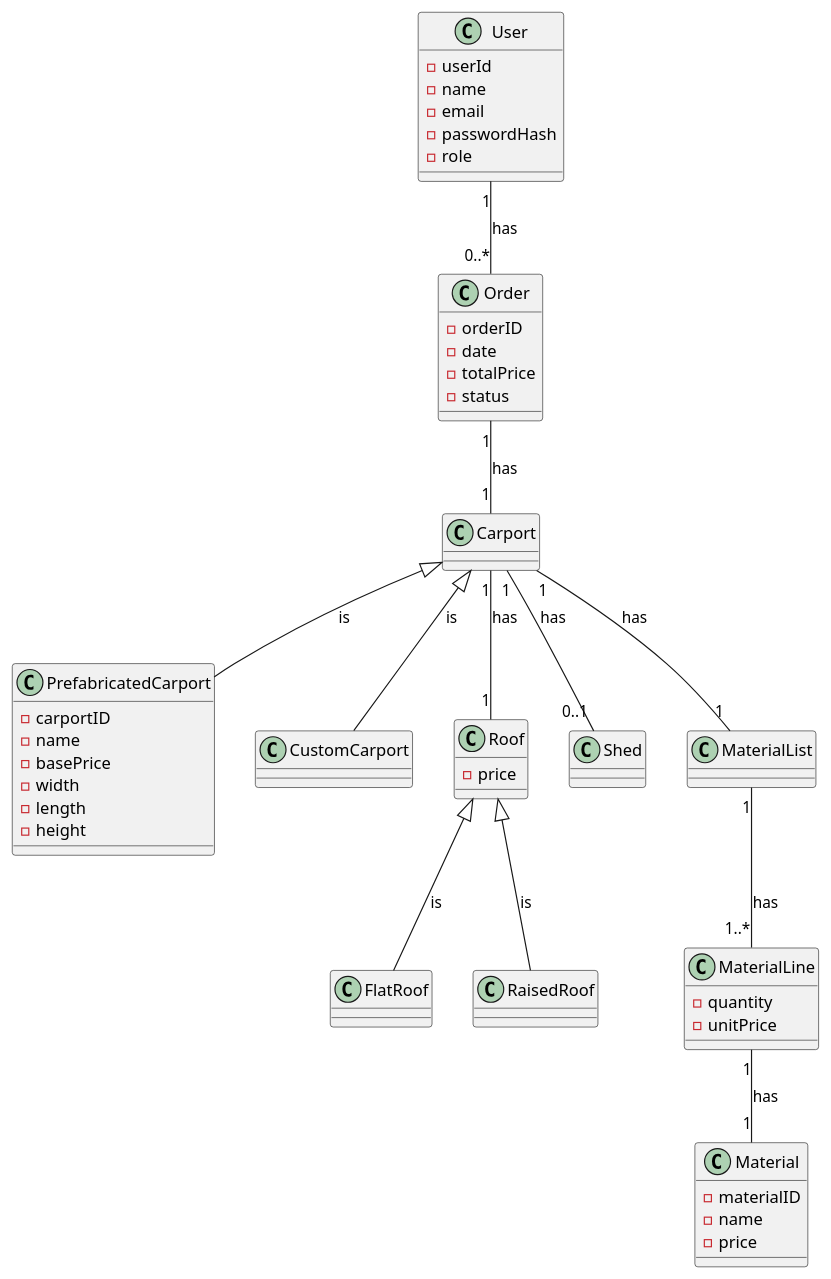
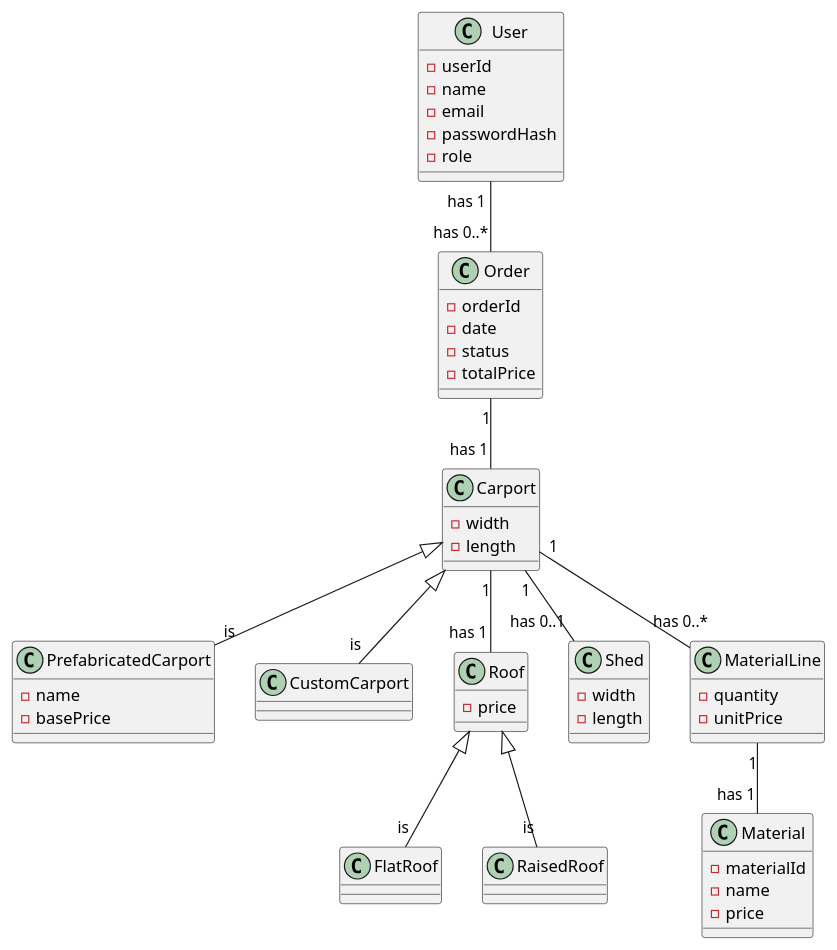
Before and after one commit to EmilOzel/Carport-FOG: the diagram in src/main/resources/templates/DomainModel-Carport.puml, drawn with PlantUML.

```diff
--- a/src/main/resources/templates/DomainModel-Carport.puml
+++ b/src/main/resources/templates/DomainModel-Carport.puml
@@ -1,73 +1,69 @@
 @startuml
 
-class User{
+class User {
 - userId
 - name
 - email
 - passwordHash
 - role
 }
+
 class Order {
-- orderID
+- orderId
 - date
+- status
 - totalPrice
-- status
 }
 
 class Carport {
+- width
+- length
+}
 
-}
-class PrefabricatedCarport{
-- carportID
+class PrefabricatedCarport {
 - name
 - basePrice
+}
+
+class CustomCarport
+
+class Roof {
+- price
+}
+
+class FlatRoof {
+}
+class RaisedRoof {
+}
+
+class Shed {
 - width
 - length
-- height
-}
-class CustomCarport{
-
 }
 
-class Roof{
-- price
-
-}
-class FlatRoof{
-
-}
-class RaisedRoof{
-
-}
-
-class Shed{
-}
-
-class MaterialList{
-
-}
-class MaterialLine{
+class MaterialLine {
 - quantity
 - unitPrice
 }
-class Material{
-- materialID
+
+class Material {
+- materialId
 - name
 - price
 }
 
-User "1" -- "0..*" Order : has
+User "has 1 " -- "has 0..*" Order
+Order "1" -- "has 1" Carport
 
-Order "1" -- "1" Carport : has
-Carport "1" -- "1" Roof : has
-Carport "1" -- "0..1" Shed : has
-Carport "1" -- "1" MaterialList : has
-MaterialList "1" -- "1..*" MaterialLine : has
-MaterialLine "1" -- "1" Material : has
+Carport "1" -- "has 1" Roof
+Carport "1" -- "has 0..1" Shed
+Carport "1" -- "has 0..*" MaterialLine
+MaterialLine "1" -- "has 1" Material
 
-Carport <|-- PrefabricatedCarport : is
-Carport <|-- CustomCarport : is
-Roof <|-- FlatRoof : is
-Roof <|-- RaisedRoof : is
+Carport <|-- "is "PrefabricatedCarport
+Carport <|-- "is "CustomCarport
+
+Roof <|-- "is"FlatRoof
+Roof <|-- "is"RaisedRoof
 
 @enduml
```
